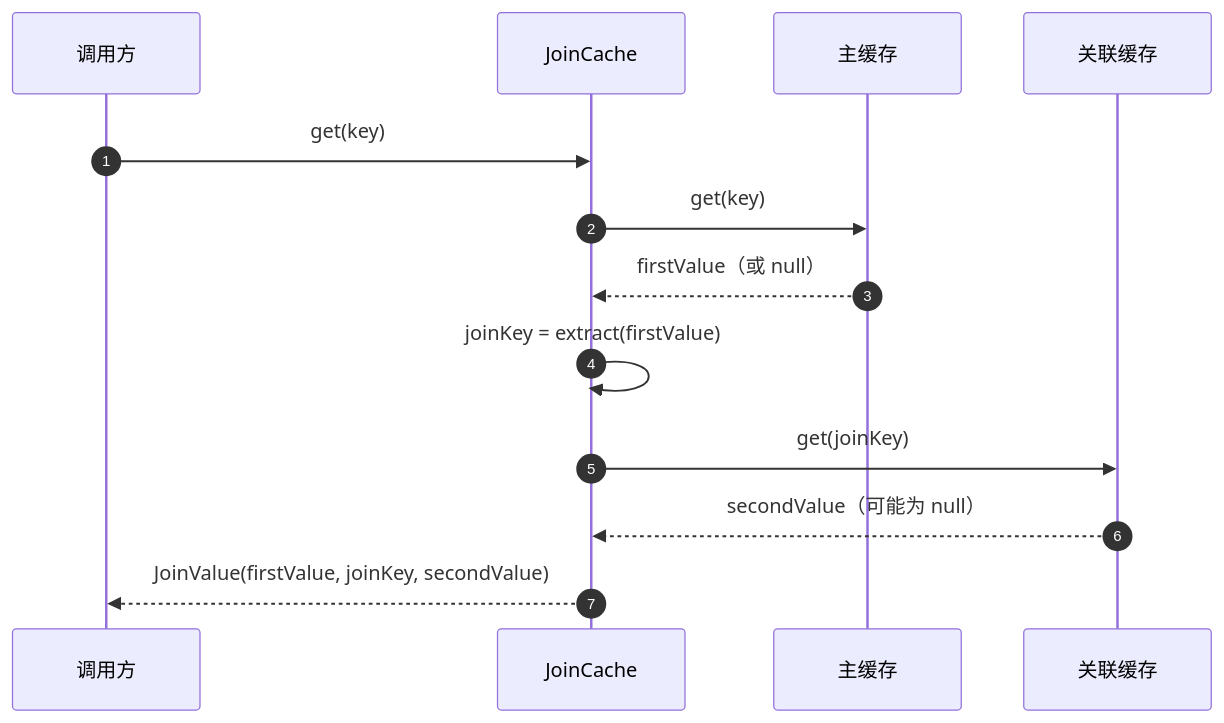
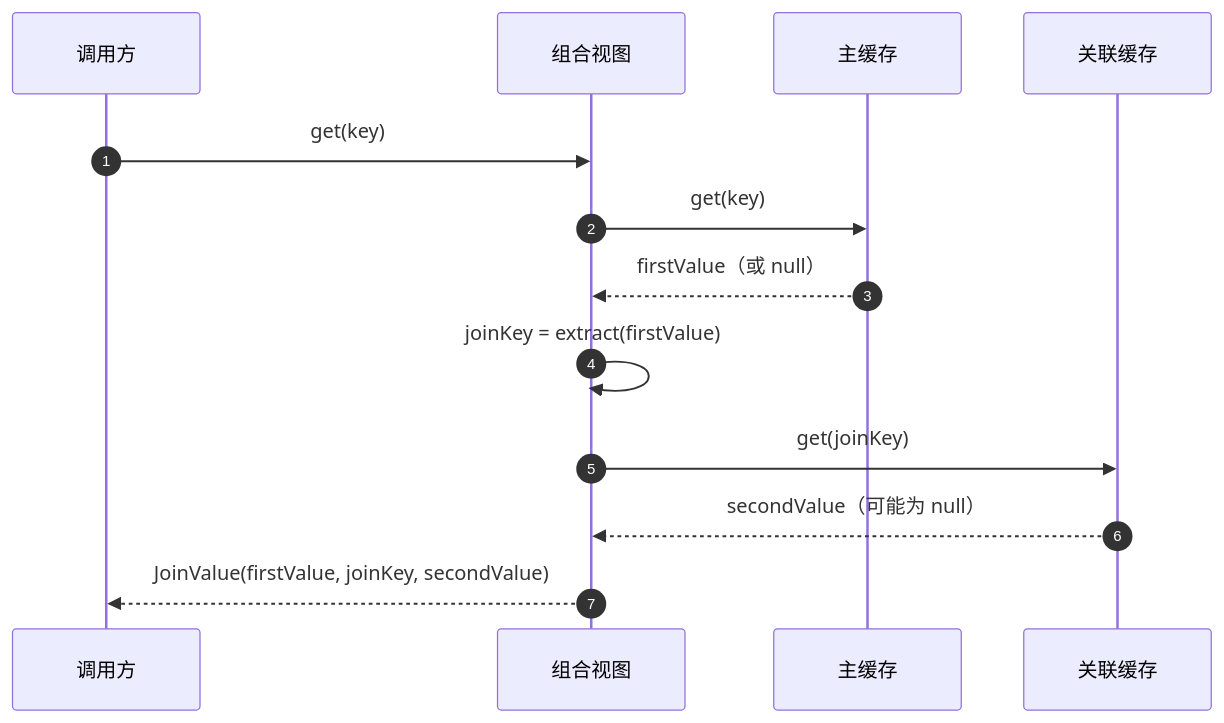
One commit to Ahoo-Wang/CoCache changed the diagram in wiki/zh/guide/join-cache.md. Above: the diagram before and after it, drawn with Mermaid. The commit also changed other lines of this file and 240 other files, not shown here.

````diff
--- a/wiki/zh/guide/join-cache.md
+++ b/wiki/zh/guide/join-cache.md
@@ -10,15 +10,15 @@
 ```mermaid
 sequenceDiagram
     autonumber
     participant C as 调用方
-    participant J as JoinCache
+    participant J as 组合视图
     participant F as 主缓存
     participant S as 关联缓存
     C->>J: get(key)
     J->>F: get(key)
     F-->>J: firstValue（或 null）
     J->>J: joinKey = extract(firstValue)
     J->>S: get(joinKey)
     S-->>J: secondValue（可能为 null）
     J-->>C: JoinValue(firstValue, joinKey, secondValue)
 ```
````
